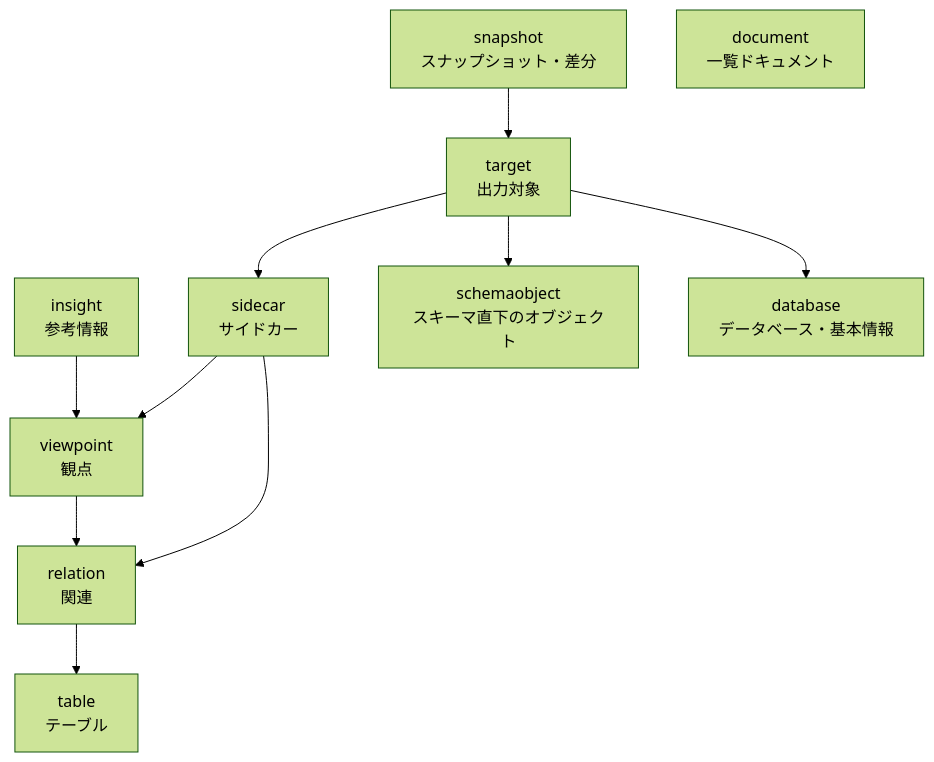
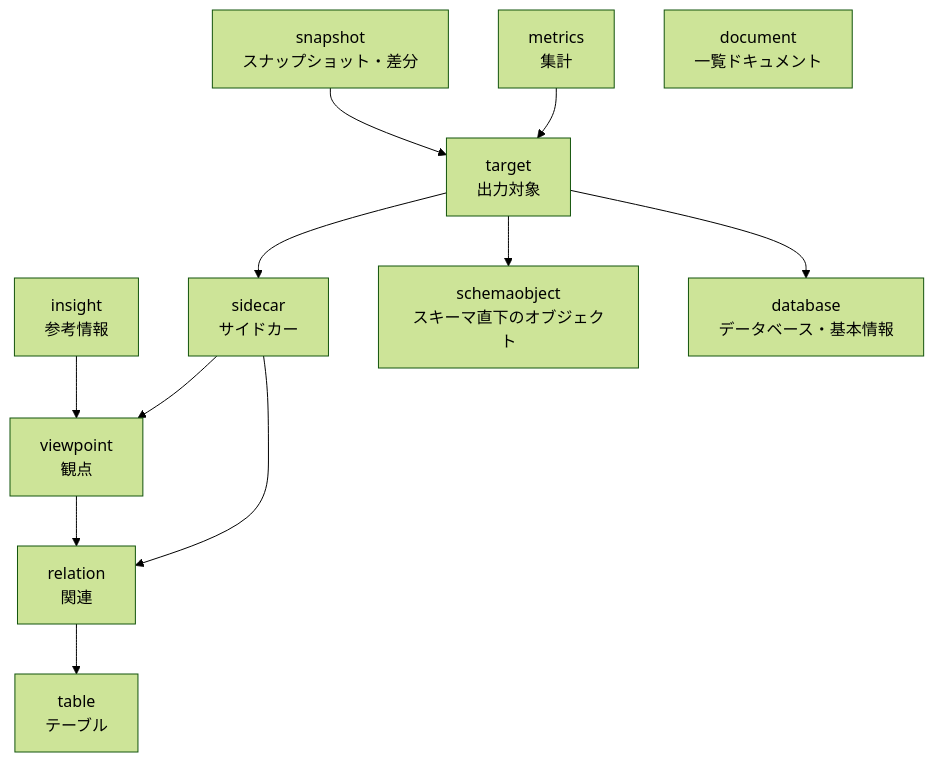
Before and after one commit to ebichan88/exportTableDefinition: the first of 5 diagrams in docs/architecture/domain-model.md, drawn with Mermaid (forest theme). The commit also changed other lines of this file and 29 other files, not shown here.

First line of the commit message:
DB単位のREADMEに出力対象の集計を載せ、MCPのlist_schemasの数え方を揃える

````diff
--- a/docs/architecture/domain-model.md
+++ b/docs/architecture/domain-model.md
@@ -25,23 +25,25 @@
 ```mermaid
 flowchart TB
   snapshot["snapshot<br/>スナップショット・差分"]
+  metrics["metrics<br/>集計"]
   insight["insight<br/>参考情報"]
   target["target<br/>出力対象"]
   sidecar["sidecar<br/>サイドカー"]
   viewpoint["viewpoint<br/>観点"]
   relation["relation<br/>関連"]
   table["table<br/>テーブル"]
   schemaobject["schemaobject<br/>スキーマ直下のオブジェクト"]
   database["database<br/>データベース・基本情報"]
   document["document<br/>一覧ドキュメント"]
 
   snapshot --> target
+  metrics --> target
   insight --> viewpoint
   target --> sidecar
   target --> schemaobject
   target --> database
   sidecar --> viewpoint
   sidecar --> relation
   viewpoint --> relation
   relation --> table
 ```
````
